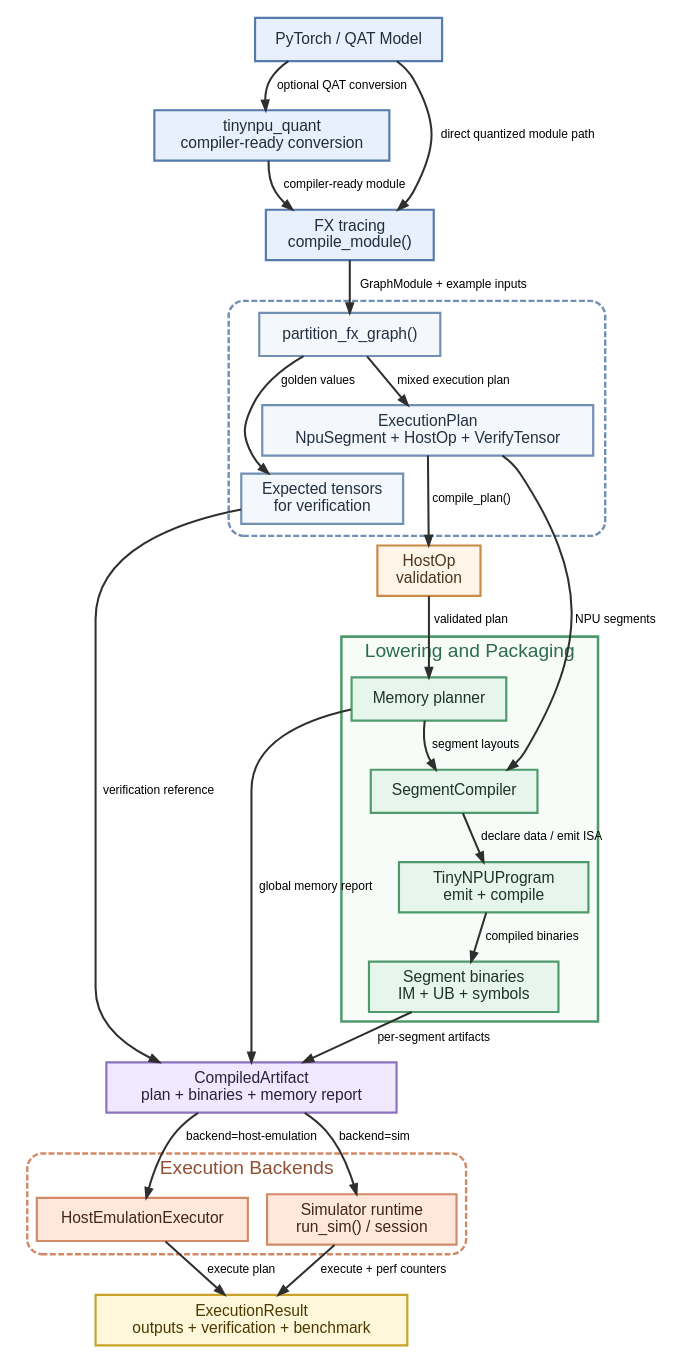
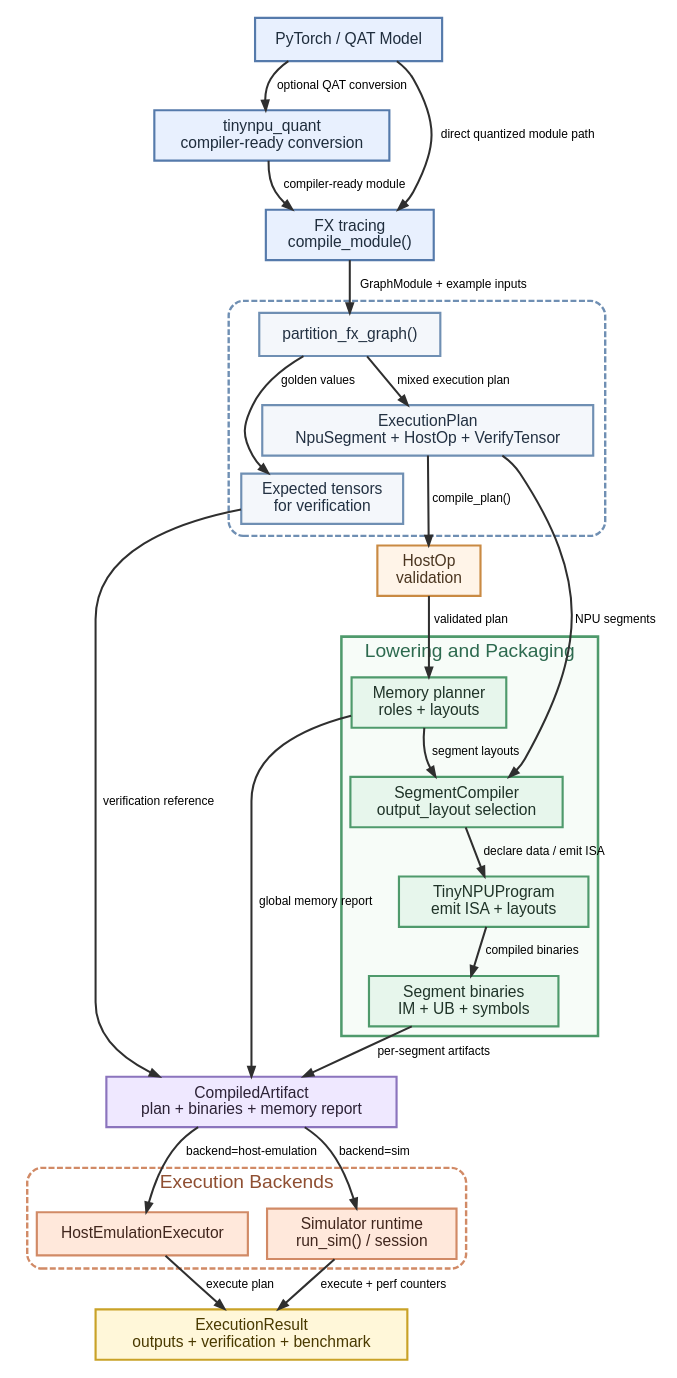
The diagram in report/diagrams/compiler_stack.dot (firatkizilboga/TinyNPU), drawn with Graphviz before and after one commit. The commit also changed 10 other files, not shown here.

```diff
--- a/report/diagrams/compiler_stack.dot
+++ b/report/diagrams/compiler_stack.dot
@@ -1,108 +1,108 @@
 digraph TinyNPUCompilerStack {
     graph [
         rankdir=TB,
         newrank=true,
         splines=true,
         pad=0.1,
         nodesep=0.22,
         ranksep=0.4,
         bgcolor="white",
         fontname="Helvetica",
         fontsize=18
     ];
 
     node [
         shape=box,
         style="filled",
         fontname="Helvetica",
         fontsize=13,
         penwidth=1.8,
         margin="0.14,0.10"
     ];
 
     edge [
         fontname="Helvetica",
         fontsize=10,
         color="#2f2f2f",
         penwidth=1.7,
         arrowsize=0.8
     ];
 
     Model [label="PyTorch / QAT Model", fillcolor="#E8F0FE", color="#557AAB", fontcolor="#1f2d3d"];
     Quant [label="tinynpu_quant\ncompiler-ready conversion", fillcolor="#E8F0FE", color="#557AAB", fontcolor="#1f2d3d"];
     FX [label="FX tracing\ncompile_module()", fillcolor="#E8F0FE", color="#557AAB", fontcolor="#1f2d3d"];
 
     subgraph cluster_partition {
         label="";
         color="#6F8FB3";
         penwidth=2.0;
         style="rounded,dashed";
         fillcolor="white";
         fontcolor="#355C7D";
         fontsize=16;
         margin="10,12";
 
         Partition [label="partition_fx_graph()", fillcolor="#F4F7FB", color="#6F8FB3", fontcolor="#233142"];
         Plan [label="ExecutionPlan\nNpuSegment + HostOp + VerifyTensor", fillcolor="#F4F7FB", color="#6F8FB3", fontcolor="#233142", width=2.7];
         Expected [label="Expected tensors\nfor verification", fillcolor="#F4F7FB", color="#6F8FB3", fontcolor="#233142"];
     }
 
     Validate [label="HostOp\nvalidation", fillcolor="#FFF4E8", color="#C98A43", fontcolor="#4A3520"];
 
     subgraph cluster_lowering {
         label="Lowering and Packaging";
         color="#4F9A6C";
         penwidth=2.1;
         style="filled";
         fillcolor="#F7FCF8";
         fontcolor="#2D6A4F";
         fontsize=16;
 
-        Planner [label="Memory planner", fillcolor="#E7F6EC", color="#4F9A6C", fontcolor="#1f3328"];
-        Compiler [label="SegmentCompiler", fillcolor="#E7F6EC", color="#4F9A6C", fontcolor="#1f3328"];
-        Program [label="TinyNPUProgram\nemit + compile", fillcolor="#E7F6EC", color="#4F9A6C", fontcolor="#1f3328", width=2.2];
+        Planner [label="Memory planner\nroles + layouts", fillcolor="#E7F6EC", color="#4F9A6C", fontcolor="#1f3328"];
+        Compiler [label="SegmentCompiler\noutput_layout selection", fillcolor="#E7F6EC", color="#4F9A6C", fontcolor="#1f3328"];
+        Program [label="TinyNPUProgram\nemit ISA + layouts", fillcolor="#E7F6EC", color="#4F9A6C", fontcolor="#1f3328", width=2.2];
         Segment [label="Segment binaries\nIM + UB + symbols", fillcolor="#E7F6EC", color="#4F9A6C", fontcolor="#1f3328", width=2.2];
     }
 
     Artifact [label="CompiledArtifact\nplan + binaries + memory report", fillcolor="#EFE8FF", color="#8B74BD", fontcolor="#2C2236", width=2.4];
 
     subgraph cluster_runtime {
         label="Execution Backends";
         color="#D18A66";
         penwidth=2.0;
         style="rounded,dashed";
         fillcolor="white";
         fontcolor="#8F4F32";
         fontsize=16;
 
         HostExec [label="HostEmulationExecutor", fillcolor="#FFE8DB", color="#D18A66", fontcolor="#40261d", width=2.2];
         SimExec [label="Simulator runtime\nrun_sim() / session", fillcolor="#FFE8DB", color="#D18A66", fontcolor="#40261d", width=2.2];
     }
 
     Result [label="ExecutionResult\noutputs + verification + benchmark", fillcolor="#FFF7D9", color="#C9A227", fontcolor="#4A3A00", width=2.2];
 
     { rank=same; HostExec; SimExec; }
 
     Model -> Quant [label="optional QAT conversion"];
     Quant -> FX [label="compiler-ready module"];
     Model -> FX [label="direct quantized module path"];
 
     FX -> Partition [label="GraphModule + example inputs"];
     Partition -> Plan [label="mixed execution plan"];
     Partition -> Expected [label="golden values"];
 
     Plan -> Validate [label="compile_plan()"];
     Validate -> Planner [label="validated plan"];
     Planner -> Compiler [label="segment layouts"];
     Plan -> Compiler [label="NPU segments"];
     Compiler -> Program [label="declare data / emit ISA"];
     Program -> Segment [label="compiled binaries"];
     Segment -> Artifact [label="per-segment artifacts"];
     Expected -> Artifact [label="verification reference"];
     Planner -> Artifact [label="global memory report"];
 
     Artifact -> HostExec [label="backend=host-emulation"];
     Artifact -> SimExec [label="backend=sim"];
     HostExec -> Result [label="execute plan"];
     SimExec -> Result [label="execute + perf counters"];
 }
```
